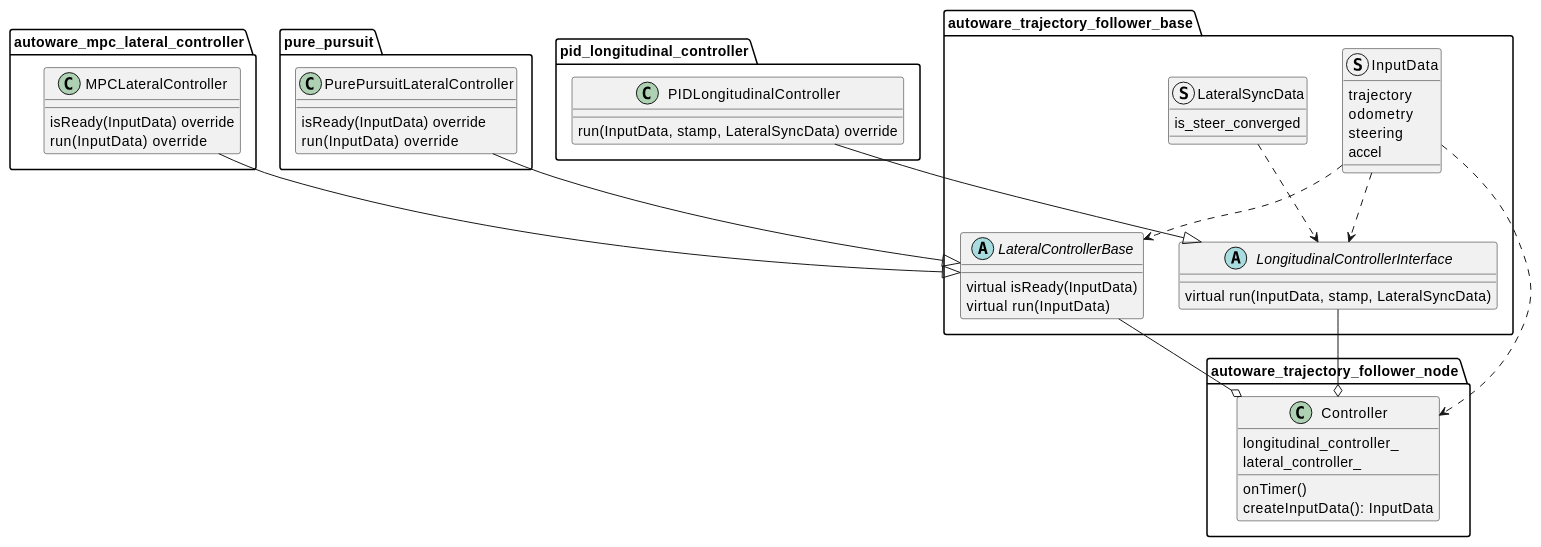
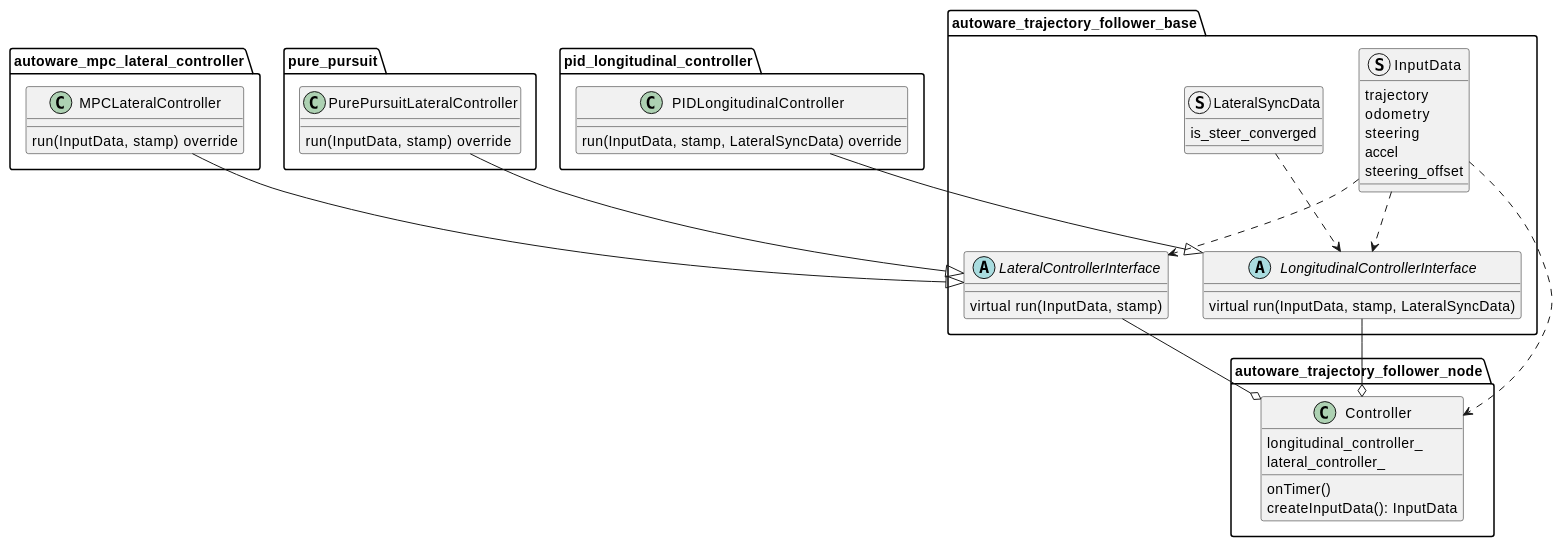
The diagram in control/autoware_trajectory_follower_node/README.md (xxlun-tech/aw_universe), drawn with PlantUML before and after one commit. The commit also changed other lines of this file and 14 other files, not shown here.

First line of the commit message:
refactor(autoware_trajectory_follower): introduce lateral controller interface (#13547)

````diff
--- a/control/autoware_trajectory_follower_node/README.md
+++ b/control/autoware_trajectory_follower_node/README.md
@@ -13,66 +13,64 @@
 ```plantuml
 @startuml
 package autoware_trajectory_follower_base {
-abstract class LateralControllerBase {
+abstract class LateralControllerInterface {
 
-    virtual isReady(InputData)
-    virtual run(InputData)
+    virtual run(InputData, stamp)
 
 }
 abstract class LongitudinalControllerInterface {
 
     virtual run(InputData, stamp, LateralSyncData)
 
 }
 
 struct InputData {
 trajectory
 odometry
 steering
 accel
+steering_offset
 }
 struct LateralSyncData {
 is_steer_converged
 }
 }
 
 package autoware_mpc_lateral_controller {
 class MPCLateralController {
-isReady(InputData) override
-run(InputData) override
+run(InputData, stamp) override
 }
 }
 package pure_pursuit {
 class PurePursuitLateralController {
-isReady(InputData) override
-run(InputData) override
+run(InputData, stamp) override
 }
 }
 package pid_longitudinal_controller {
 class PIDLongitudinalController {
 run(InputData, stamp, LateralSyncData) override
 }
 }
 
 package autoware_trajectory_follower_node {
 class Controller {
 longitudinal_controller_
 lateral_controller_
 onTimer()
 createInputData(): InputData
 }
 }
 
-MPCLateralController --|> LateralControllerBase
-PurePursuitLateralController --|> LateralControllerBase
+MPCLateralController --|> LateralControllerInterface
+PurePursuitLateralController --|> LateralControllerInterface
 PIDLongitudinalController --|> LongitudinalControllerInterface
 
 LateralSyncData ..> LongitudinalControllerInterface
-InputData ..> LateralControllerBase
+InputData ..> LateralControllerInterface
 InputData ..> LongitudinalControllerInterface
 
-LateralControllerBase --o Controller
+LateralControllerInterface --o Controller
 LongitudinalControllerInterface --o Controller
 InputData ..> Controller
 @enduml
 ```
````
